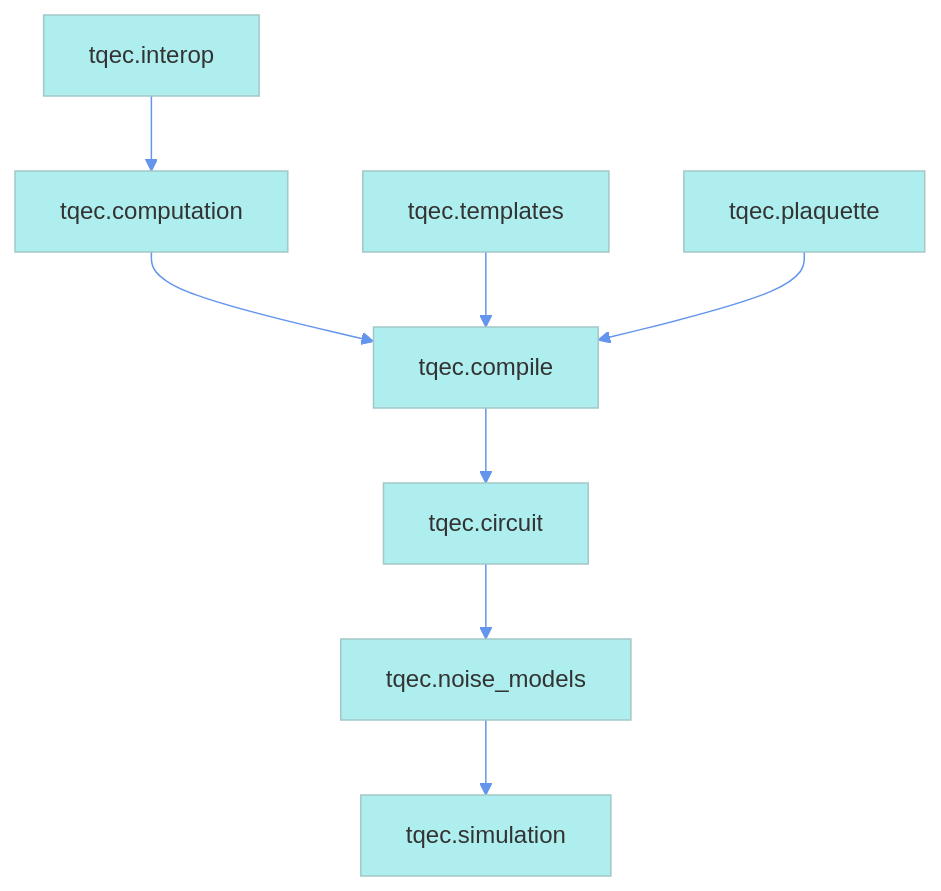
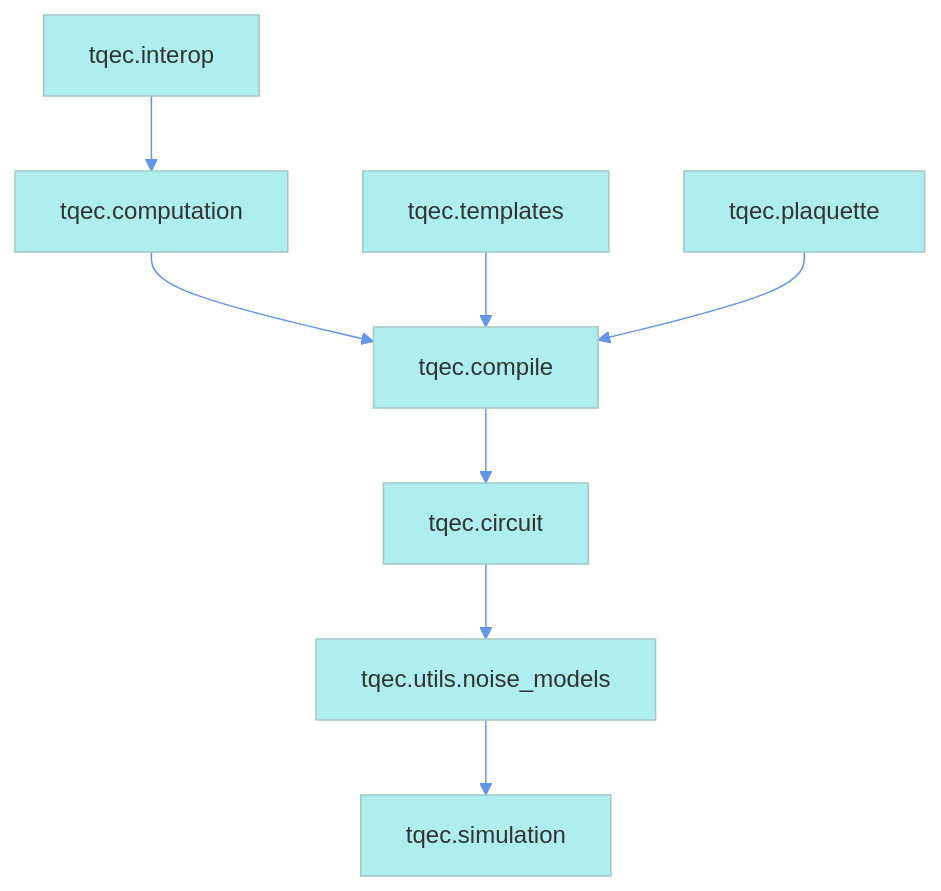
One commit to tqec/tqec changed the first of 2 diagrams in docs/architecture.rst. Above: the diagram before and after it, drawn with Mermaid. The commit also changed other lines of this file and 1 other file, not shown here.

```diff
--- a/docs/architecture.rst
+++ b/docs/architecture.rst
@@ -23,21 +23,21 @@
 .. mermaid::
     :config: {"theme": "base", "darkMode": "true"}
 
     %%{
     init: {
         'theme': 'base',
         'themeVariables': {
         'primaryColor': '#AFEEEE',
         'lineColor': '#6495ED'
         }
     }
     }%%
 
     graph
         A[tqec.interop] --> B[tqec.computation]
         B --> E[tqec.compile]
         C[tqec.templates] --> E
         D[tqec.plaquette] --> E
         E --> F[tqec.circuit]
-        F --> G[tqec.noise_models]
+        F --> G[tqec.utils.noise_models]
         G --> H[tqec.simulation]
```
